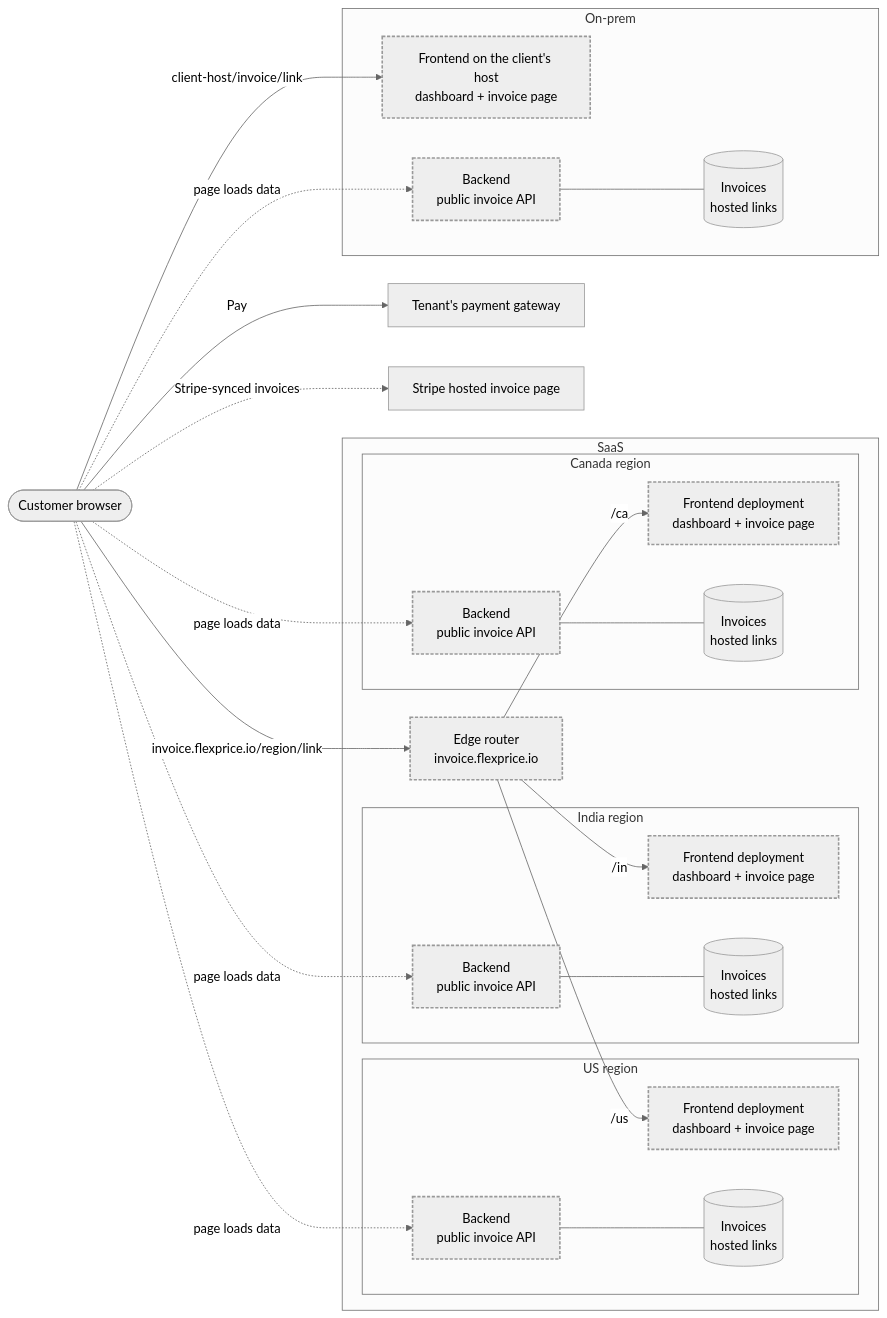
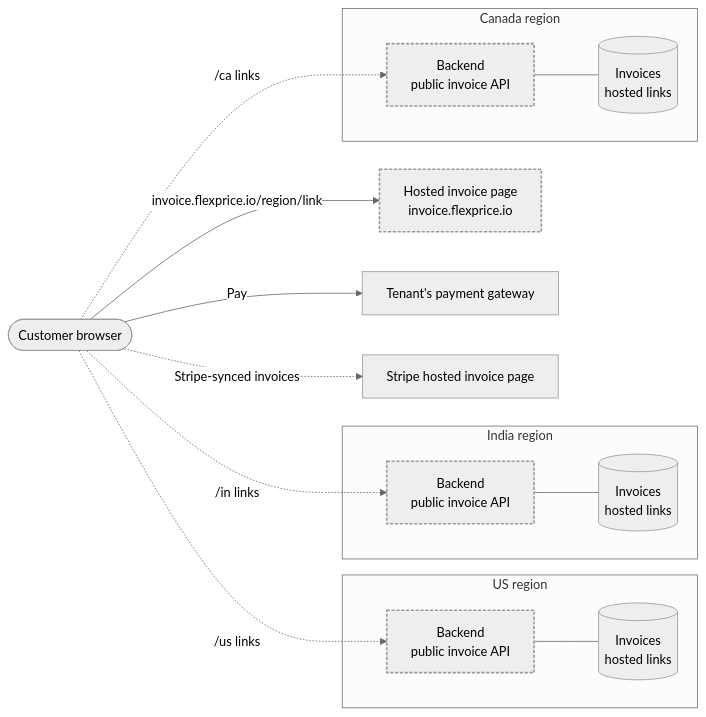
One commit to flexprice/flexprice changed the first of 5 diagrams in docs/design/2026-10-14-hosted-invoice-erd.md. Above: the diagram before and after it, drawn with Mermaid (neutral theme). The commit also changed other lines of this file and 1 other file, not shown here.

First line of the commit message:
docs: hosted invoice page is a standalone app; drop backfill and token redaction

````diff
--- a/docs/design/2026-10-14-hosted-invoice-erd.md
+++ b/docs/design/2026-10-14-hosted-invoice-erd.md
@@ -160,50 +157,33 @@
 ```mermaid
 flowchart LR
   C([Customer browser])
+  P[Hosted invoice page<br/>invoice.flexprice.io]
   G[Tenant's payment gateway]
   S[Stripe hosted invoice page]
 
-  subgraph SAAS[SaaS]
-    E[Edge router<br/>invoice.flexprice.io]:::new
-    subgraph US[US region]
-      USF[Frontend deployment<br/>dashboard + invoice page]
-      USB[Backend<br/>public invoice API]
-      USD[(Invoices<br/>hosted links)]
-    end
-    subgraph IN[India region]
-      INF[Frontend deployment<br/>dashboard + invoice page]
-      INB[Backend<br/>public invoice API]
-      IND[(Invoices<br/>hosted links)]
-    end
-    subgraph CA[Canada region]
-      CAF[Frontend deployment<br/>dashboard + invoice page]
-      CAB[Backend<br/>public invoice API]
-      CAD[(Invoices<br/>hosted links)]
-    end
+  subgraph US[US region]
+    USB[Backend<br/>public invoice API]
+    USD[(Invoices<br/>hosted links)]
+  end
+  subgraph IN[India region]
+    INB[Backend<br/>public invoice API]
+    IND[(Invoices<br/>hosted links)]
+  end
+  subgraph CA[Canada region]
+    CAB[Backend<br/>public invoice API]
+    CAD[(Invoices<br/>hosted links)]
   end
 
-  subgraph ONPREM[On-prem]
-    OF[Frontend on the client's host<br/>dashboard + invoice page]
-    OB[Backend<br/>public invoice API]
-    OD[(Invoices<br/>hosted links)]
-  end
-
-  C -->|invoice.flexprice.io/region/link| E
-  E -->|/us| USF
-  E -->|/in| INF
-  E -->|/ca| CAF
-  C -.->|page loads data| USB
-  C -.->|page loads data| INB
-  C -.->|page loads data| CAB
+  C -->|invoice.flexprice.io/region/link| P
+  C -.->|/us links| USB
+  C -.->|/in links| INB
+  C -.->|/ca links| CAB
   USB --- USD
   INB --- IND
   CAB --- CAD
-  C -->|client-host/invoice/link| OF
-  C -.->|page loads data| OB
-  OB --- OD
   C -->|Pay| G
   C -.->|Stripe-synced invoices| S
 
-  class USF,INF,CAF,OF,USB,INB,CAB,OB new
+  class P,USB,INB,CAB new
   classDef new stroke-width:2px,stroke-dasharray:4 2
 ```
````
